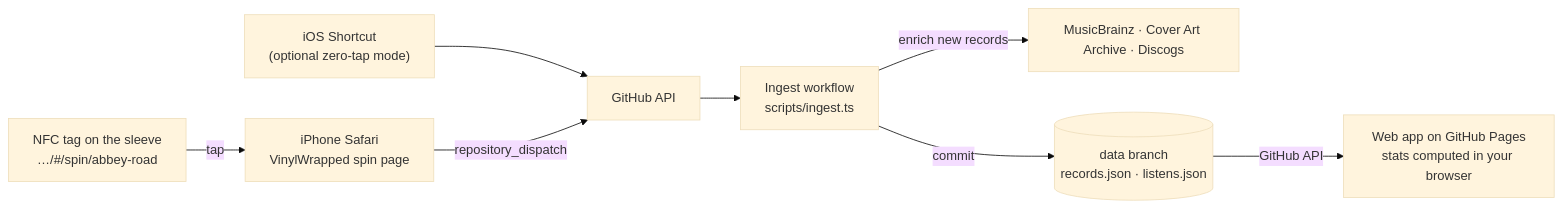
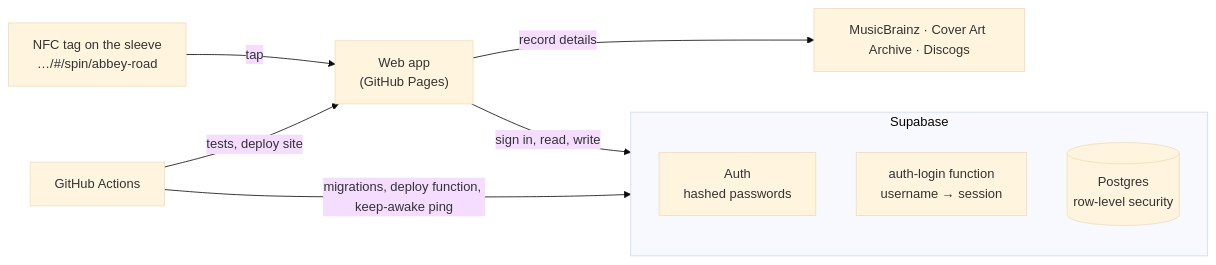
The diagram in README.md (shahafelkayam/VinylWrapped), drawn with Mermaid (base theme) before and after one commit. The commit also changed other lines of this file and 40 other files, not shown here.

Commit message:
Multi-user VinylWrapped: accounts, profiles and a secure database

````diff
--- a/README.md
+++ b/README.md
@@ -13,10 +13,13 @@
 ```mermaid
 flowchart LR
-  tag["NFC tag on the sleeve<br/>…/#/spin/abbey-road"] -->|tap| safari["iPhone Safari<br/>VinylWrapped spin page"]
-  shortcut["iOS Shortcut<br/>(optional zero-tap mode)"] --> api
-  safari -->|repository_dispatch| api["GitHub API"]
-  api --> ingest["Ingest workflow<br/>scripts/ingest.ts"]
-  ingest -->|enrich new records| mb["MusicBrainz · Cover Art Archive · Discogs"]
-  ingest -->|commit| data[("data branch<br/>records.json · listens.json")]
-  data -->|GitHub API| app["Web app on GitHub Pages<br/>stats computed in your browser"]
+  tag["NFC tag on the sleeve<br/>…/#/spin/abbey-road"] -->|tap| app
+  app["Web app<br/>(GitHub Pages)"] -->|sign in, read, write| sb
+  subgraph sb["Supabase"]
+    auth["Auth<br/>hashed passwords"]
+    fn["auth-login function<br/>username → session"]
+    db[("Postgres<br/>row-level security")]
+  end
+  app -->|record details| mb["MusicBrainz · Cover Art Archive · Discogs"]
+  gh["GitHub Actions"] -->|tests, deploy site| app
+  gh -->|migrations, deploy function, keep-awake ping| sb
 ```
````
